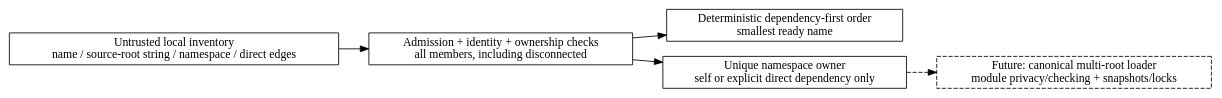
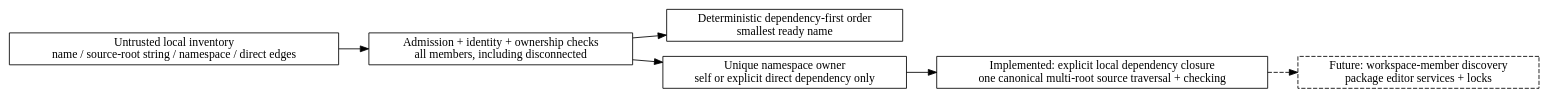
Before and after one commit to odunboye/fibril: the diagram in docs/diagrams/workspaces.dot, drawn with Graphviz. The commit also changed 31 other files, not shown here.

Commit message:
Check and run explicit local package closures across canonical roots

```diff
--- a/docs/diagrams/workspaces.dot
+++ b/docs/diagrams/workspaces.dot
@@ -1,12 +1,14 @@
 digraph Workspaces {
   rankdir=LR;
   node [shape=box];
   inventory [label="Untrusted local inventory\nname / source-root string / namespace / direct edges"];
   validate [label="Admission + identity + ownership checks\nall members, including disconnected"];
   order [label="Deterministic dependency-first order\nsmallest ready name"];
   route [label="Unique namespace owner\nself or explicit direct dependency only"];
-  future [label="Future: canonical multi-root loader\nmodule privacy/checking + snapshots/locks", style=dashed];
+  loader [label="Implemented: explicit local dependency closure\none canonical multi-root source traversal + checking"];
+  future [label="Future: workspace-member discovery\npackage editor services + locks", style=dashed];
   inventory -> validate -> order;
   validate -> route;
-  route -> future [style=dashed];
+  route -> loader;
+  loader -> future [style=dashed];
 }
```
